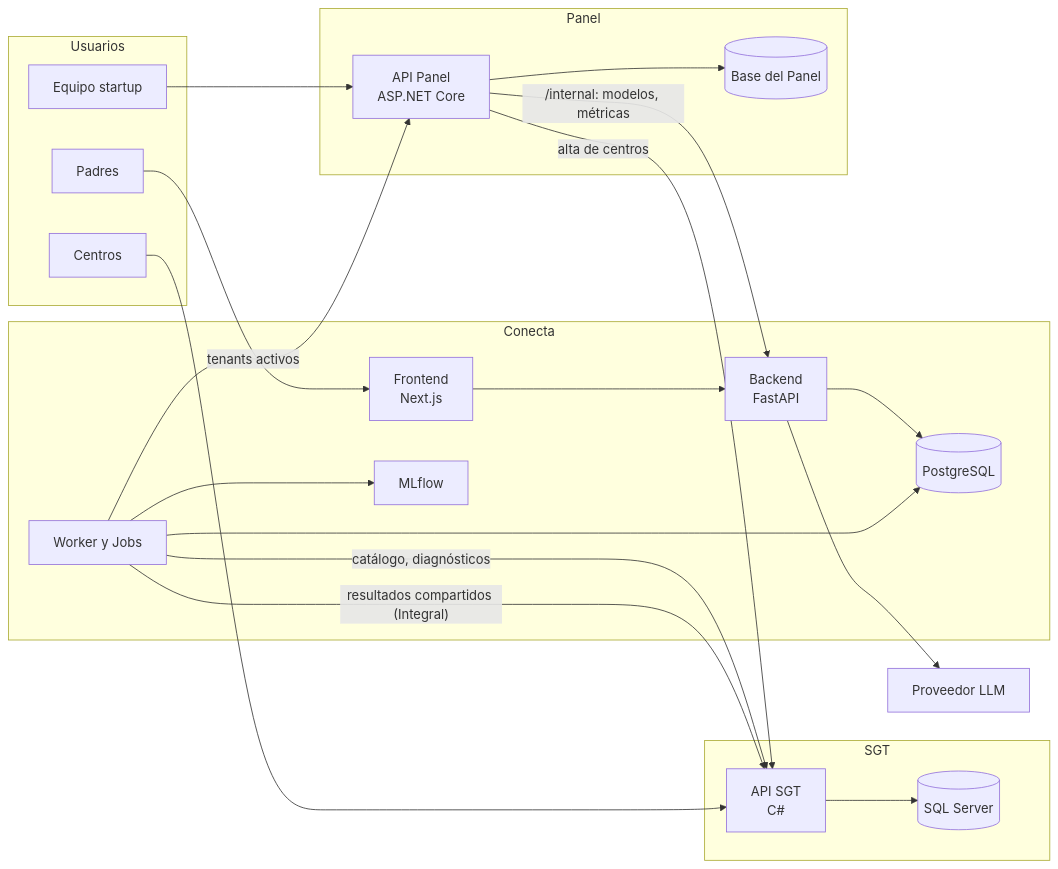
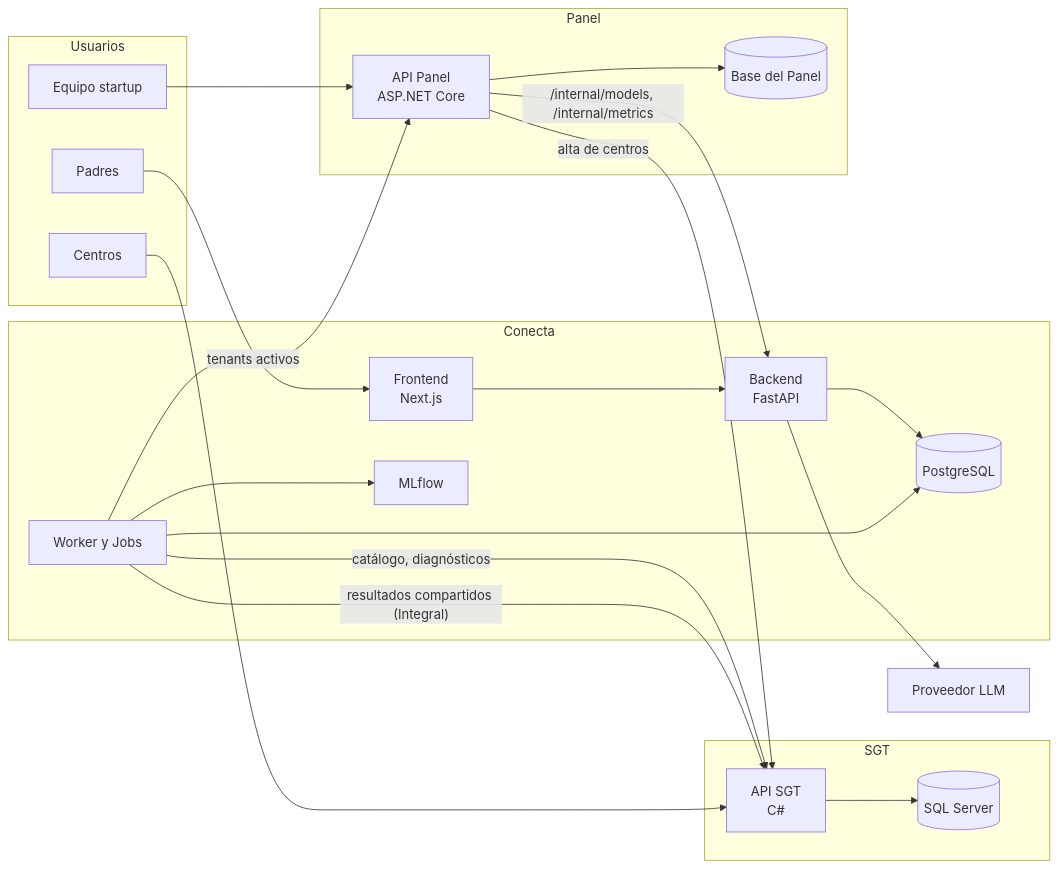
The first of 6 diagrams in docs/arquitectura_conecta.md (ErnestoSCL/neuroa-modelo-tamizaje), drawn with Mermaid before and after one commit. The commit also changed other lines of this file and 1 other file, not shown here.

````diff
--- a/docs/arquitectura_conecta.md
+++ b/docs/arquitectura_conecta.md
@@ -38,43 +40,43 @@
 ```mermaid
 flowchart LR
     subgraph Usuarios
         P["Padres"]
         C["Centros"]
         E["Equipo startup"]
     end
 
     subgraph Conecta
         WEB["Frontend<br>Next.js"]
         API["Backend<br>FastAPI"]
         WK["Worker y Jobs"]
         PG[("PostgreSQL")]
         ML["MLflow"]
     end
 
     subgraph SGT
         SAPI["API SGT<br>C#"]
         SQL[("SQL Server")]
     end
 
     subgraph Panel
         PAPI["API Panel<br>ASP.NET Core"]
         PDB[("Base del Panel")]
     end
 
     LLM["Proveedor LLM"]
 
     P --> WEB --> API
     C --> SAPI
     E --> PAPI
     API --> PG
     WK --> PG
     API --> LLM
     WK -- "catálogo, diagnósticos" --> SAPI
     WK -- "resultados compartidos (Integral)" --> SAPI
     WK -- "tenants activos" --> PAPI
-    PAPI -- "/internal: modelos, métricas" --> API
+    PAPI -- "/internal/models, /internal/metrics" --> API
     PAPI -- "alta de centros" --> SAPI
     SAPI --> SQL
     PAPI --> PDB
     WK --> ML
 ```
````
